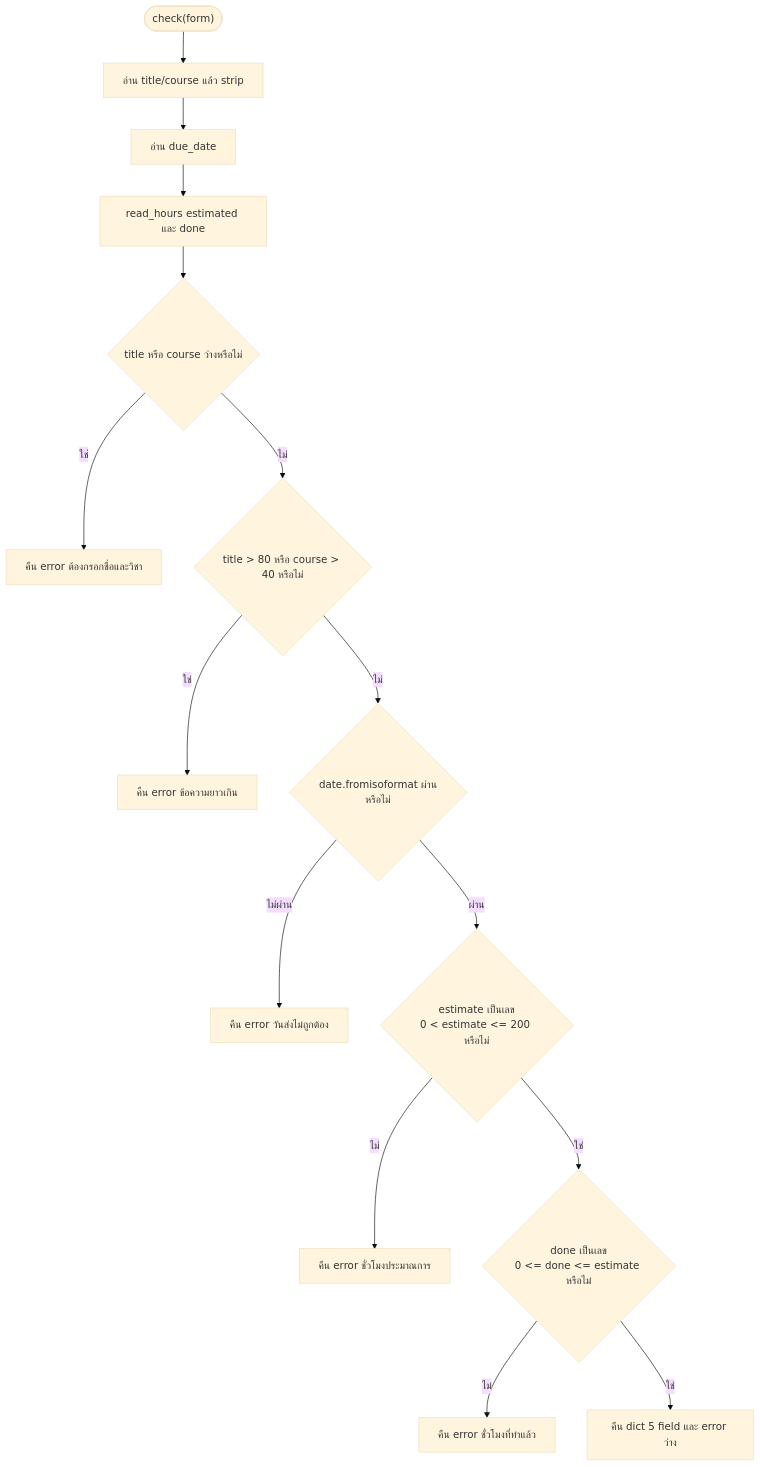
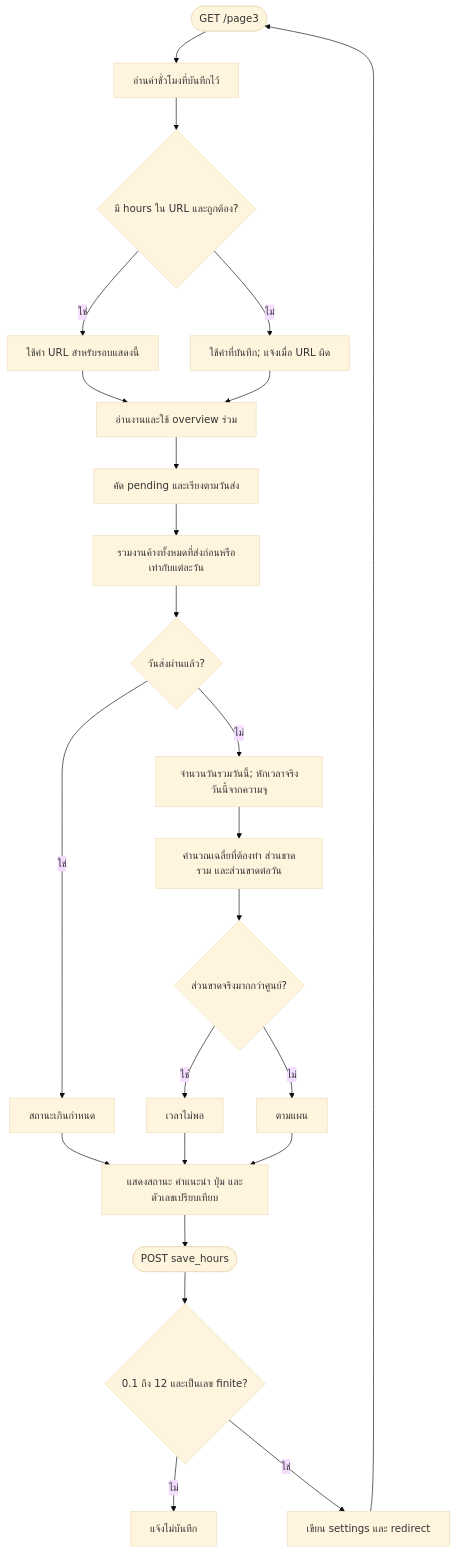
Before and after one commit to aiy157/ManagerTime: the seventh of 10 diagrams in docs/presentation/FLOWCHARTS.md, drawn with Mermaid (base theme). The commit also changed other lines of this file and 68 other files, not shown here.

````diff
--- a/docs/presentation/FLOWCHARTS.md
+++ b/docs/presentation/FLOWCHARTS.md
@@ -189,17 +133,26 @@
 ```mermaid
 flowchart TD
-    A(["check(form)"]) --> B["อ่าน title/course แล้ว strip"]
-    B --> C["อ่าน due_date"]
-    C --> D["read_hours estimated และ done"]
-    D --> E{"title หรือ course ว่างหรือไม่"}
-    E -->|ใช่| X1["คืน error ต้องกรอกชื่อและวิชา"]
-    E -->|ไม่| F{"title > 80 หรือ course > 40 หรือไม่"}
-    F -->|ใช่| X2["คืน error ข้อความยาวเกิน"]
-    F -->|ไม่| G{"date.fromisoformat ผ่านหรือไม่"}
-    G -->|ไม่ผ่าน| X3["คืน error วันส่งไม่ถูกต้อง"]
-    G -->|ผ่าน| H{"estimate เป็นเลข<br/>0 < estimate <= 200 หรือไม่"}
-    H -->|ไม่| X4["คืน error ชั่วโมงประมาณการ"]
-    H -->|ใช่| I{"done เป็นเลข<br/>0 <= done <= estimate หรือไม่"}
-    I -->|ไม่| X5["คืน error ชั่วโมงที่ทำแล้ว"]
-    I -->|ใช่| J["คืน dict 5 field และ error ว่าง"]
+    A(["GET /page3"]) --> B["อ่านค่าชั่วโมงที่บันทึกไว้"]
+    B --> C{"มี hours ใน URL และถูกต้อง?"}
+    C -->|ใช่| D["ใช้ค่า URL สำหรับรอบแสดงนี้"]
+    C -->|ไม่| E["ใช้ค่าที่บันทึก; แจ้งเมื่อ URL ผิด"]
+    D --> F["อ่านงานและใช้ overview ร่วม"]
+    E --> F
+    F --> G["คัด pending และเรียงตามวันส่ง"]
+    G --> H["รวมงานค้างทั้งหมดที่ส่งก่อนหรือเท่ากับแต่ละวัน"]
+    H --> I{"วันส่งผ่านแล้ว?"}
+    I -->|ใช่| J["สถานะเกินกำหนด"]
+    I -->|ไม่| K["จำนวนวันรวมวันนี้; หักเวลาจริงวันนี้จากความจุ"]
+    K --> L["คำนวณเฉลี่ยที่ต้องทำ ส่วนขาดรวม และส่วนขาดต่อวัน"]
+    L --> M{"ส่วนขาดจริงมากกว่าศูนย์?"}
+    M -->|ใช่| N["เวลาไม่พอ"]
+    M -->|ไม่| O["ตามแผน"]
+    J --> P["แสดงสถานะ คำแนะนำ ปุ่ม และตัวเลขเปรียบเทียบ"]
+    N --> P
+    O --> P
+    P --> Q(["POST save_hours"])
+    Q --> R{"0.1 ถึง 12 และเป็นเลข finite?"}
+    R -->|ไม่| X["แจ้งไม่บันทึก"]
+    R -->|ใช่| S["เขียน settings และ redirect"]
+    S --> A
 ```
````
